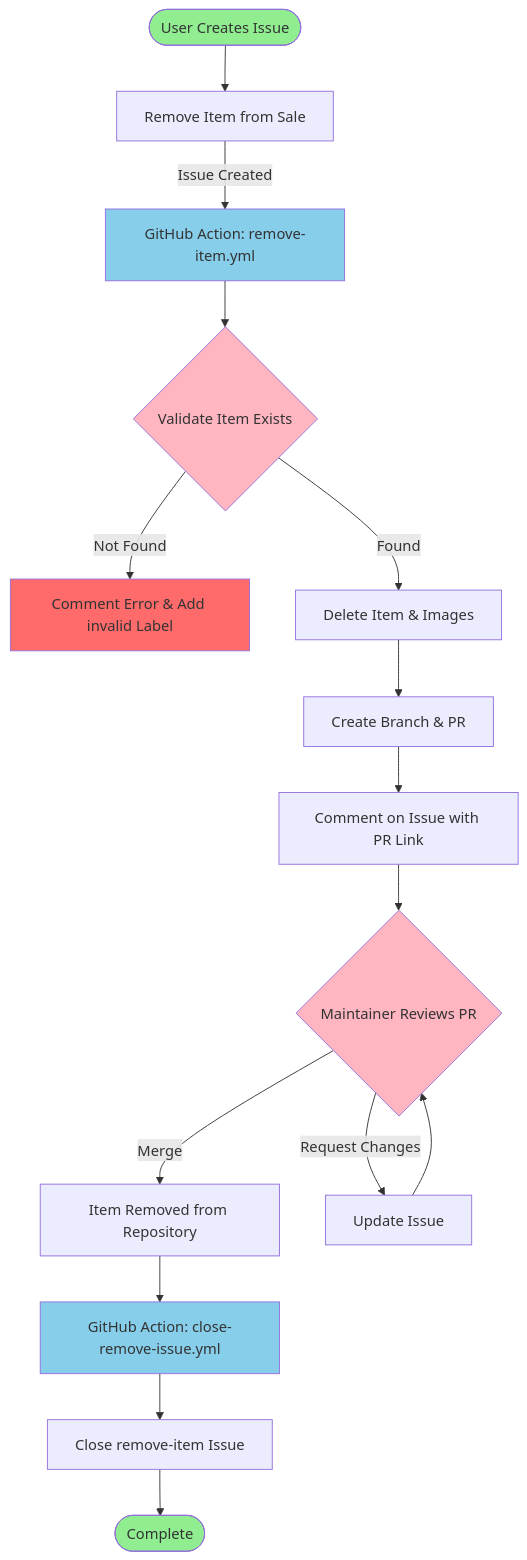
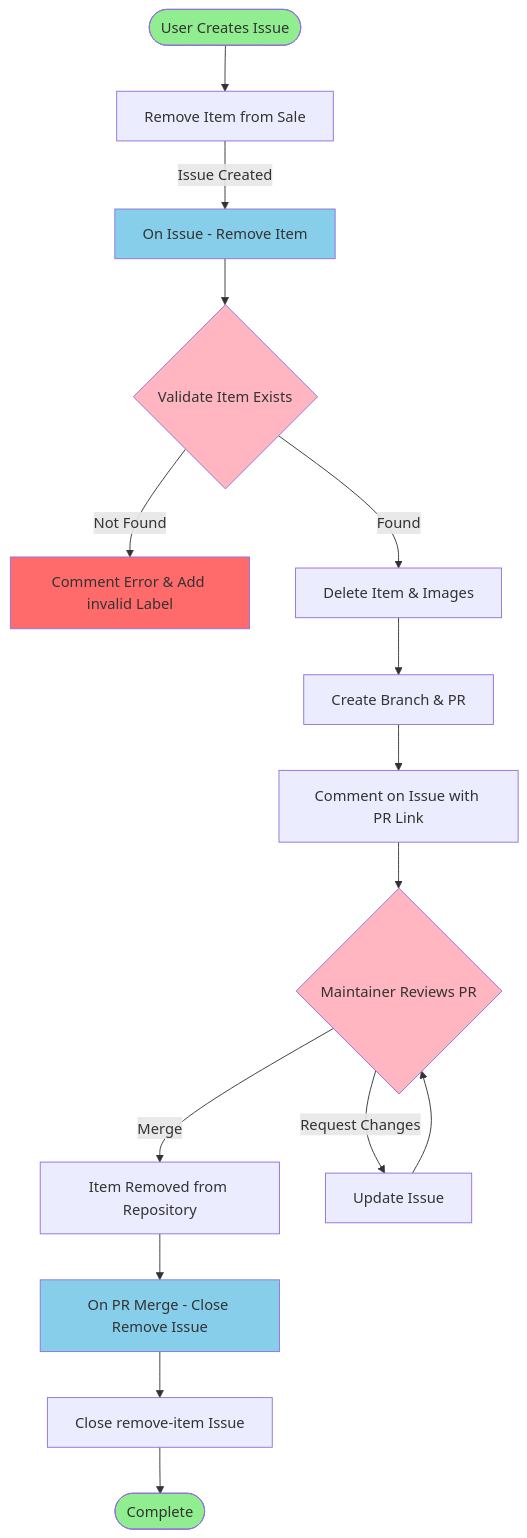
Before and after one commit to tomp736/my-junk: the second of 3 diagrams in docs/workflows.md, drawn with Mermaid. The commit also changed other lines of this file and 8 other files, not shown here.

````diff
--- a/docs/workflows.md
+++ b/docs/workflows.md
@@ -60,27 +60,27 @@
 ```mermaid
 flowchart TD
     Start([User Creates Issue]) --> A[Remove Item from Sale]
-    A -->|Issue Created| B[GitHub Action: remove-item.yml]
+    A -->|Issue Created| B[On Issue - Remove Item]
     B --> C{Validate Item Exists}
     C -->|Not Found| D[Comment Error & Add invalid Label]
     C -->|Found| E[Delete Item & Images]
     E --> F[Create Branch & PR]
     F --> G[Comment on Issue with PR Link]
 
     G --> H{Maintainer Reviews PR}
     H -->|Merge| I[Item Removed from Repository]
     H -->|Request Changes| J[Update Issue]
     J --> H
 
-    I --> K[GitHub Action: close-remove-issue.yml]
+    I --> K[On PR Merge - Close Remove Issue]
     K --> L[Close remove-item Issue]
     L --> End([Complete])
 
     style Start fill:#90EE90
     style End fill:#90EE90
     style B fill:#87CEEB
     style K fill:#87CEEB
     style C fill:#FFB6C1
     style H fill:#FFB6C1
     style D fill:#FF6B6B
 ```
````
